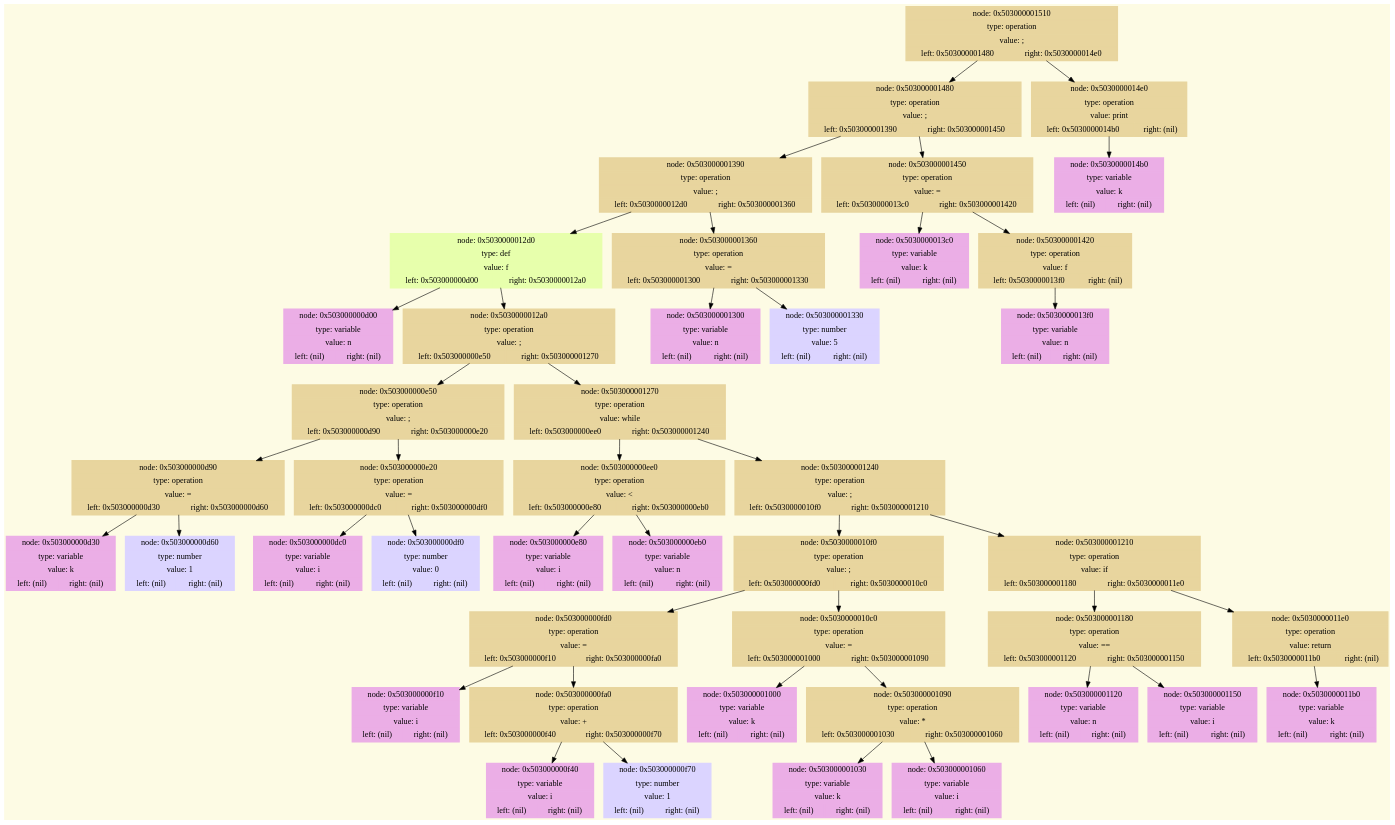
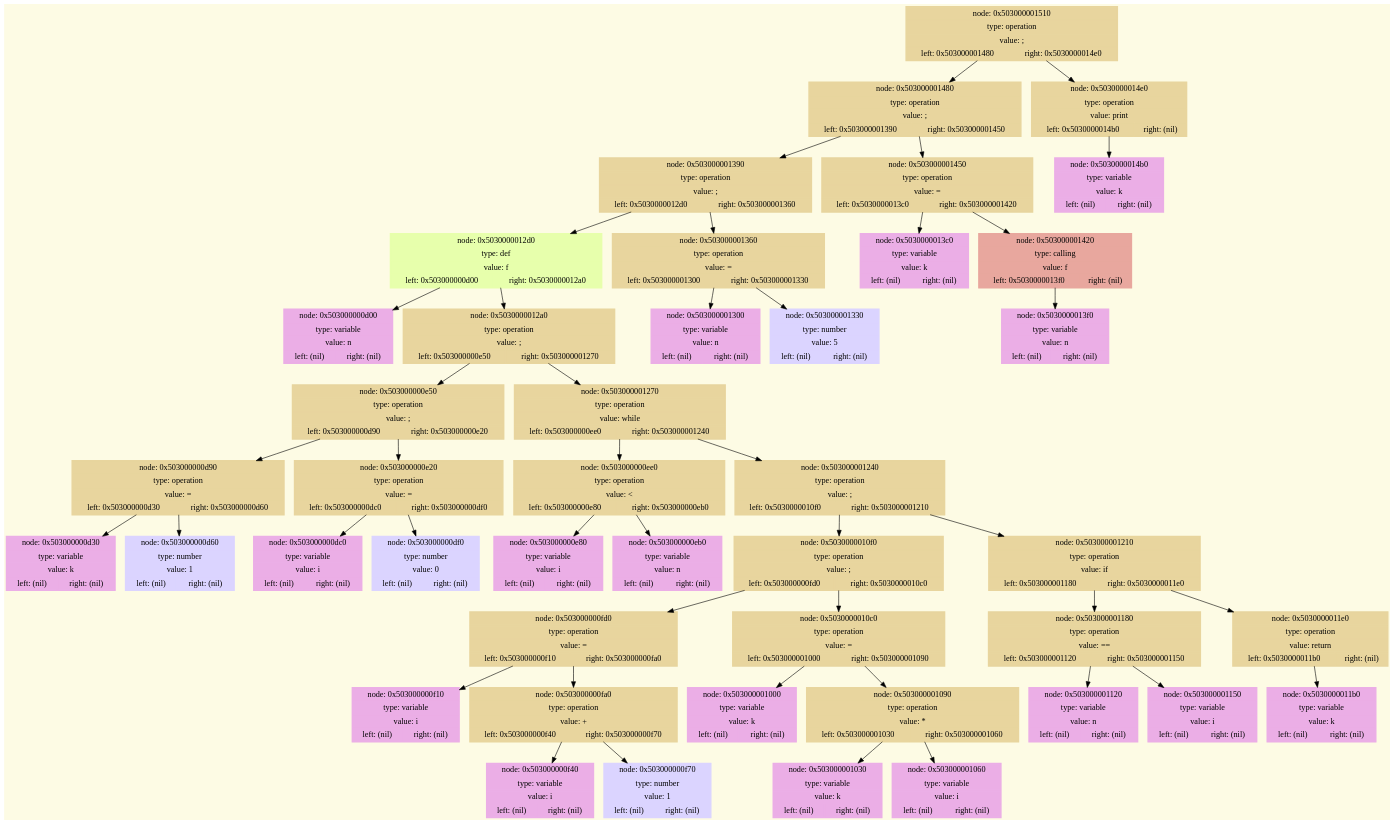
One commit to lavrt/ProgrammingLanguage_v2 changed the diagram in Frontend/dump/dump.gv. Above: the diagram before and after it, drawn with Graphviz. The commit also changed 11 other files, not shown here.

```diff
--- a/Frontend/dump/dump.gv
+++ b/Frontend/dump/dump.gv
@@ -1,72 +1,72 @@
 digraph
 {
     rankdir = TB;
     node [shape=record,style = filled,penwidth = 2.5];
     bgcolor = "#FDFBE4";
 
     node_0x503000001510 [rank=0,label=" { node: 0x503000001510 | type: operation | value: ; | { left: 0x503000001480 | right: 0x5030000014e0 }} ", color = "#E8D59E"];
     node_0x503000001480 [rank=1,label=" { node: 0x503000001480 | type: operation | value: ; | { left: 0x503000001390 | right: 0x503000001450 }} ", color = "#E8D59E"];
     node_0x503000001390 [rank=2,label=" { node: 0x503000001390 | type: operation | value: ; | { left: 0x5030000012d0 | right: 0x503000001360 }} ", color = "#E8D59E"];
     node_0x5030000012d0 [rank=3,label=" { node: 0x5030000012d0 | type: def | value: f | { left: 0x503000000d00 | right: 0x5030000012a0 }} ", color = "#E7FFAC"];
     node_0x503000000d00 [rank=4,label=" { node: 0x503000000d00 | type: variable | value: n | { left: (nil) | right: (nil) }} ", color = "#EBAEE6"];
     node_0x5030000012a0 [rank=4,label=" { node: 0x5030000012a0 | type: operation | value: ; | { left: 0x503000000e50 | right: 0x503000001270 }} ", color = "#E8D59E"];
     node_0x503000000e50 [rank=5,label=" { node: 0x503000000e50 | type: operation | value: ; | { left: 0x503000000d90 | right: 0x503000000e20 }} ", color = "#E8D59E"];
     node_0x503000000d90 [rank=6,label=" { node: 0x503000000d90 | type: operation | value: = | { left: 0x503000000d30 | right: 0x503000000d60 }} ", color = "#E8D59E"];
     node_0x503000000d30 [rank=7,label=" { node: 0x503000000d30 | type: variable | value: k | { left: (nil) | right: (nil) }} ", color = "#EBAEE6"];
     node_0x503000000d60 [rank=7,label=" { node: 0x503000000d60 | type: number | value: 1 | { left: (nil) | right: (nil) }} ", color = "#DBD4FF"];
     node_0x503000000e20 [rank=6,label=" { node: 0x503000000e20 | type: operation | value: = | { left: 0x503000000dc0 | right: 0x503000000df0 }} ", color = "#E8D59E"];
     node_0x503000000dc0 [rank=7,label=" { node: 0x503000000dc0 | type: variable | value: i | { left: (nil) | right: (nil) }} ", color = "#EBAEE6"];
     node_0x503000000df0 [rank=7,label=" { node: 0x503000000df0 | type: number | value: 0 | { left: (nil) | right: (nil) }} ", color = "#DBD4FF"];
     node_0x503000001270 [rank=5,label=" { node: 0x503000001270 | type: operation | value: while | { left: 0x503000000ee0 | right: 0x503000001240 }} ", color = "#E8D59E"];
     node_0x503000000ee0 [rank=6,label=" { node: 0x503000000ee0 | type: operation | value: \< | { left: 0x503000000e80 | right: 0x503000000eb0 }} ", color = "#E8D59E"];
     node_0x503000000e80 [rank=7,label=" { node: 0x503000000e80 | type: variable | value: i | { left: (nil) | right: (nil) }} ", color = "#EBAEE6"];
     node_0x503000000eb0 [rank=7,label=" { node: 0x503000000eb0 | type: variable | value: n | { left: (nil) | right: (nil) }} ", color = "#EBAEE6"];
     node_0x503000001240 [rank=6,label=" { node: 0x503000001240 | type: operation | value: ; | { left: 0x5030000010f0 | right: 0x503000001210 }} ", color = "#E8D59E"];
     node_0x5030000010f0 [rank=7,label=" { node: 0x5030000010f0 | type: operation | value: ; | { left: 0x503000000fd0 | right: 0x5030000010c0 }} ", color = "#E8D59E"];
     node_0x503000000fd0 [rank=8,label=" { node: 0x503000000fd0 | type: operation | value: = | { left: 0x503000000f10 | right: 0x503000000fa0 }} ", color = "#E8D59E"];
     node_0x503000000f10 [rank=9,label=" { node: 0x503000000f10 | type: variable | value: i | { left: (nil) | right: (nil) }} ", color = "#EBAEE6"];
     node_0x503000000fa0 [rank=9,label=" { node: 0x503000000fa0 | type: operation | value: + | { left: 0x503000000f40 | right: 0x503000000f70 }} ", color = "#E8D59E"];
     node_0x503000000f40 [rank=10,label=" { node: 0x503000000f40 | type: variable | value: i | { left: (nil) | right: (nil) }} ", color = "#EBAEE6"];
     node_0x503000000f70 [rank=10,label=" { node: 0x503000000f70 | type: number | value: 1 | { left: (nil) | right: (nil) }} ", color = "#DBD4FF"];
     node_0x5030000010c0 [rank=8,label=" { node: 0x5030000010c0 | type: operation | value: = | { left: 0x503000001000 | right: 0x503000001090 }} ", color = "#E8D59E"];
     node_0x503000001000 [rank=9,label=" { node: 0x503000001000 | type: variable | value: k | { left: (nil) | right: (nil) }} ", color = "#EBAEE6"];
     node_0x503000001090 [rank=9,label=" { node: 0x503000001090 | type: operation | value: * | { left: 0x503000001030 | right: 0x503000001060 }} ", color = "#E8D59E"];
     node_0x503000001030 [rank=10,label=" { node: 0x503000001030 | type: variable | value: k | { left: (nil) | right: (nil) }} ", color = "#EBAEE6"];
     node_0x503000001060 [rank=10,label=" { node: 0x503000001060 | type: variable | value: i | { left: (nil) | right: (nil) }} ", color = "#EBAEE6"];
     node_0x503000001210 [rank=7,label=" { node: 0x503000001210 | type: operation | value: if | { left: 0x503000001180 | right: 0x5030000011e0 }} ", color = "#E8D59E"];
     node_0x503000001180 [rank=8,label=" { node: 0x503000001180 | type: operation | value: \== | { left: 0x503000001120 | right: 0x503000001150 }} ", color = "#E8D59E"];
     node_0x503000001120 [rank=9,label=" { node: 0x503000001120 | type: variable | value: n | { left: (nil) | right: (nil) }} ", color = "#EBAEE6"];
     node_0x503000001150 [rank=9,label=" { node: 0x503000001150 | type: variable | value: i | { left: (nil) | right: (nil) }} ", color = "#EBAEE6"];
     node_0x5030000011e0 [rank=8,label=" { node: 0x5030000011e0 | type: operation | value: return | { left: 0x5030000011b0 | right: (nil) }} ", color = "#E8D59E"];
     node_0x5030000011b0 [rank=9,label=" { node: 0x5030000011b0 | type: variable | value: k | { left: (nil) | right: (nil) }} ", color = "#EBAEE6"];
     node_0x503000001360 [rank=3,label=" { node: 0x503000001360 | type: operation | value: = | { left: 0x503000001300 | right: 0x503000001330 }} ", color = "#E8D59E"];
     node_0x503000001300 [rank=4,label=" { node: 0x503000001300 | type: variable | value: n | { left: (nil) | right: (nil) }} ", color = "#EBAEE6"];
     node_0x503000001330 [rank=4,label=" { node: 0x503000001330 | type: number | value: 5 | { left: (nil) | right: (nil) }} ", color = "#DBD4FF"];
     node_0x503000001450 [rank=2,label=" { node: 0x503000001450 | type: operation | value: = | { left: 0x5030000013c0 | right: 0x503000001420 }} ", color = "#E8D59E"];
     node_0x5030000013c0 [rank=3,label=" { node: 0x5030000013c0 | type: variable | value: k | { left: (nil) | right: (nil) }} ", color = "#EBAEE6"];
-    node_0x503000001420 [rank=3,label=" { node: 0x503000001420 | type: operation | value: f | { left: 0x5030000013f0 | right: (nil) }} ", color = "#E8D59E"];
+    node_0x503000001420 [rank=3,label=" { node: 0x503000001420 | type: calling | value: f | { left: 0x5030000013f0 | right: (nil) }} ", color = "#E8A79E"];
     node_0x5030000013f0 [rank=4,label=" { node: 0x5030000013f0 | type: variable | value: n | { left: (nil) | right: (nil) }} ", color = "#EBAEE6"];
     node_0x5030000014e0 [rank=1,label=" { node: 0x5030000014e0 | type: operation | value: print | { left: 0x5030000014b0 | right: (nil) }} ", color = "#E8D59E"];
     node_0x5030000014b0 [rank=2,label=" { node: 0x5030000014b0 | type: variable | value: k | { left: (nil) | right: (nil) }} ", color = "#EBAEE6"];
     node_0x503000001510 -> node_0x503000001480 -> node_0x503000001390 -> node_0x5030000012d0 -> node_0x503000000d00 ;
     node_0x5030000012d0 -> node_0x5030000012a0 -> node_0x503000000e50 -> node_0x503000000d90 -> node_0x503000000d30 ;
     node_0x503000000d90 -> node_0x503000000d60 ;
     node_0x503000000e50 -> node_0x503000000e20 -> node_0x503000000dc0 ;
     node_0x503000000e20 -> node_0x503000000df0 ;
     node_0x5030000012a0 -> node_0x503000001270 -> node_0x503000000ee0 -> node_0x503000000e80 ;
     node_0x503000000ee0 -> node_0x503000000eb0 ;
     node_0x503000001270 -> node_0x503000001240 -> node_0x5030000010f0 -> node_0x503000000fd0 -> node_0x503000000f10 ;
     node_0x503000000fd0 -> node_0x503000000fa0 -> node_0x503000000f40 ;
     node_0x503000000fa0 -> node_0x503000000f70 ;
     node_0x5030000010f0 -> node_0x5030000010c0 -> node_0x503000001000 ;
     node_0x5030000010c0 -> node_0x503000001090 -> node_0x503000001030 ;
     node_0x503000001090 -> node_0x503000001060 ;
     node_0x503000001240 -> node_0x503000001210 -> node_0x503000001180 -> node_0x503000001120 ;
     node_0x503000001180 -> node_0x503000001150 ;
     node_0x503000001210 -> node_0x5030000011e0 -> node_0x5030000011b0 ;
     node_0x503000001390 -> node_0x503000001360 -> node_0x503000001300 ;
     node_0x503000001360 -> node_0x503000001330 ;
     node_0x503000001480 -> node_0x503000001450 -> node_0x5030000013c0 ;
     node_0x503000001450 -> node_0x503000001420 -> node_0x5030000013f0 ;
     node_0x503000001510 -> node_0x5030000014e0 -> node_0x5030000014b0 ;
 }
```
